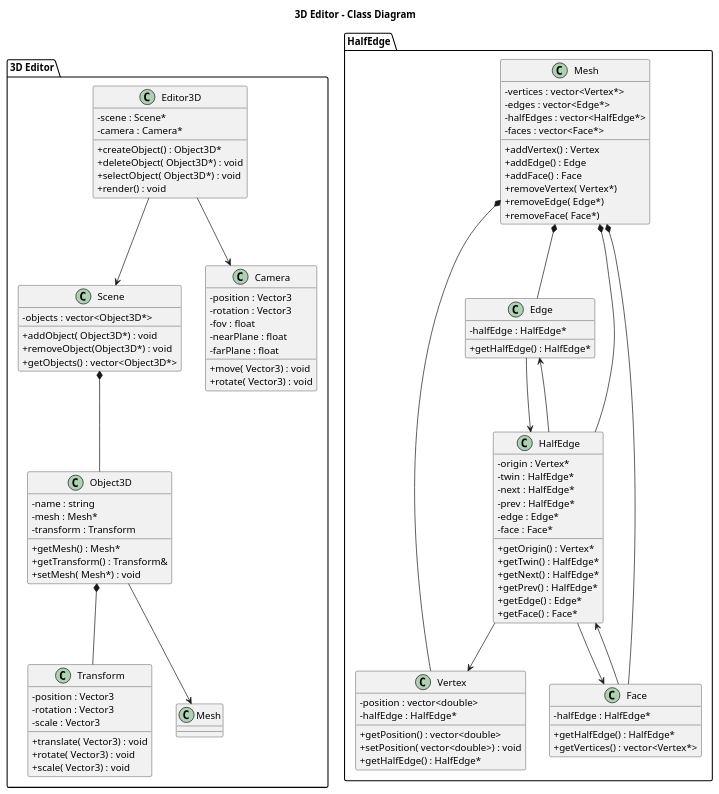
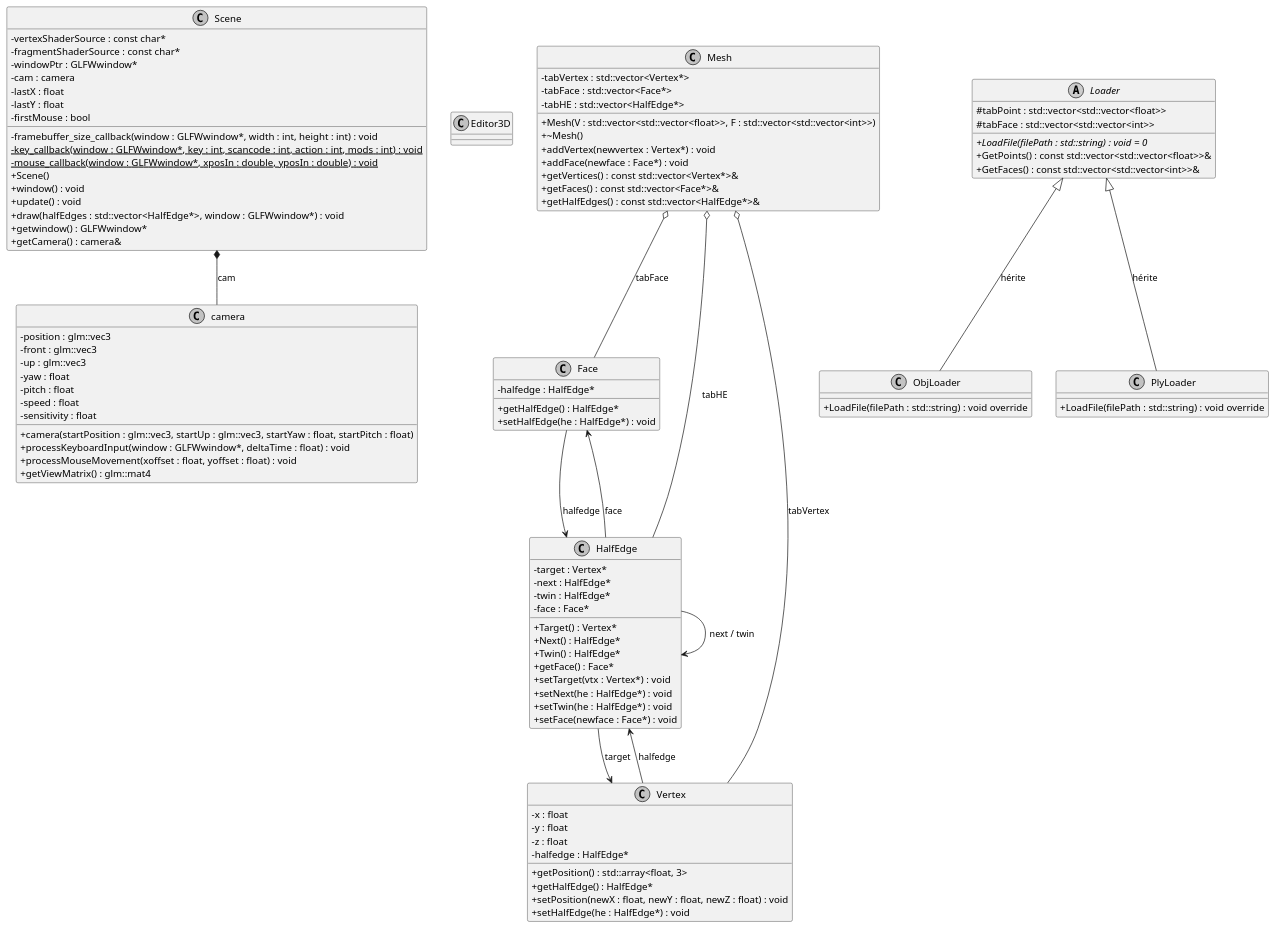
The diagram in pre-code/UML.puml (raianC/3D_editor), drawn with PlantUML before and after one commit. The commit also changed 22 other files, not shown here.

```diff
--- a/pre-code/UML.puml
+++ b/pre-code/UML.puml
@@ -1,144 +1,117 @@
 @startuml
-title 3D Editor - Class Diagram
-
 skinparam classAttributeIconSize 0
+skinparam monochrome true
 skinparam shadowing false
 
-
-
-package "3D Editor" {
-
-    class Editor3D {
-        - scene : Scene*
-        - camera : Camera*
-        + createObject() : Object3D*
-        + deleteObject( Object3D*) : void
-        + selectObject( Object3D*) : void
-        + render() : void
-    }
-
-    class Scene {
-        - objects : vector<Object3D*>
-        + addObject( Object3D*) : void
-        + removeObject(Object3D*) : void
-        + getObjects() : vector<Object3D*>
-    }
-
-    class Object3D {
-        - name : string
-        - mesh : Mesh*
-        - transform : Transform
-        + getMesh() : Mesh*
-        + getTransform() : Transform&
-        + setMesh( Mesh*) : void
-    }
-
-    class Transform {
-        - position : Vector3
-        - rotation : Vector3
-        - scale : Vector3
-        + translate( Vector3) : void
-        + rotate( Vector3) : void
-        + scale( Vector3) : void
-
-    }
-
-    class Camera {
-        - position : Vector3
-        - rotation : Vector3
-        - fov : float
-        - nearPlane : float
-        - farPlane : float
-        + move( Vector3) : void
-        + rotate( Vector3) : void
-    }
-
-    Editor3D  -->  Scene 
-    Editor3D  -->  Camera 
-
-    Scene *--  Object3D 
-
-    Object3D  *--  Transform 
-    Object3D  -->  Mesh 
+class camera {
+    - position : glm::vec3
+    - front : glm::vec3
+    - up : glm::vec3
+    - yaw : float
+    - pitch : float
+    - speed : float
+    - sensitivity : float
+    + camera(startPosition : glm::vec3, startUp : glm::vec3, startYaw : float, startPitch : float)
+    + processKeyboardInput(window : GLFWwindow*, deltaTime : float) : void
+    + processMouseMovement(xoffset : float, yoffset : float) : void
+    + getViewMatrix() : glm::mat4
 }
 
-
-
-
-package "HalfEdge" {
-
-    class Mesh {
-        - vertices : vector<Vertex*>
-        - edges : vector<Edge*>
-        - halfEdges : vector<HalfEdge*>
-        - faces : vector<Face*>
-
-        + addVertex() : Vertex
-        + addEdge() : Edge
-        + addFace() : Face
-        + removeVertex( Vertex*) 
-        + removeEdge( Edge*) 
-        + removeFace( Face*) 
-    }
-
-    class Vertex {
-        - position : vector<double>
-        - halfEdge : HalfEdge*
-
-        + getPosition() : vector<double>
-        + setPosition( vector<double>) : void
-        + getHalfEdge() : HalfEdge*
-    }
-
-    class Edge {
-        - halfEdge : HalfEdge*
-
-        + getHalfEdge() : HalfEdge*
-    }
-
-    class HalfEdge {
-        - origin : Vertex*
-        - twin : HalfEdge*
-        - next : HalfEdge*
-        - prev : HalfEdge*
-        - edge : Edge*
-        - face : Face*
-
-        + getOrigin() : Vertex*
-        + getTwin() : HalfEdge*
-        + getNext() : HalfEdge*
-        + getPrev() : HalfEdge*
-        + getEdge() : Edge*
-        + getFace() : Face*
-    }
-
-    class Face {
-        - halfEdge : HalfEdge*
-
-        + getHalfEdge() : HalfEdge*
-        + getVertices() : vector<Vertex*>
-    }
-
+class Editor3D {
     
-
-    Mesh  *--  Vertex 
-    Mesh  *--  Edge 
-    Mesh  *--  HalfEdge 
-    Mesh  *--  Face 
-
-
-
-    Edge  -->  HalfEdge 
-
-    HalfEdge  -->  Vertex 
-
-    HalfEdge  -->  Edge 
-    HalfEdge  -->  Face 
-
-    Face  -->  HalfEdge 
 }
 
+class Face {
+    - halfedge : HalfEdge*
+    + getHalfEdge() : HalfEdge*
+    + setHalfEdge(he : HalfEdge*) : void
+}
 
+class HalfEdge {
+    - target : Vertex*
+    - next : HalfEdge*
+    - twin : HalfEdge*
+    - face : Face*
+    + Target() : Vertex*
+    + Next() : HalfEdge*
+    + Twin() : HalfEdge*
+    + getFace() : Face*
+    + setTarget(vtx : Vertex*) : void
+    + setNext(he : HalfEdge*) : void
+    + setTwin(he : HalfEdge*) : void
+    + setFace(newface : Face*) : void
+}
 
+abstract class Loader {
+    # tabPoint : std::vector<std::vector<float>>
+    # tabFace : std::vector<std::vector<int>>
+    + {abstract} LoadFile(filePath : std::string) : void = 0
+    + GetPoints() : const std::vector<std::vector<float>>&
+    + GetFaces() : const std::vector<std::vector<int>>&
+}
+
+class Mesh {
+    - tabVertex : std::vector<Vertex*>
+    - tabFace : std::vector<Face*>
+    - tabHE : std::vector<HalfEdge*>
+    + Mesh(V : std::vector<std::vector<float>>, F : std::vector<std::vector<int>>)
+    + ~Mesh()
+    + addVertex(newvertex : Vertex*) : void
+    + addFace(newface : Face*) : void
+    + getVertices() : const std::vector<Vertex*>&
+    + getFaces() : const std::vector<Face*>&
+    + getHalfEdges() : const std::vector<HalfEdge*>&
+}
+
+class ObjLoader {
+    + LoadFile(filePath : std::string) : void override
+}
+
+class PlyLoader {
+    + LoadFile(filePath : std::string) : void override
+}
+
+class Scene {
+    - vertexShaderSource : const char*
+    - fragmentShaderSource : const char*
+    - windowPtr : GLFWwindow*
+    - cam : camera
+    - lastX : float
+    - lastY : float
+    - firstMouse : bool
+    - framebuffer_size_callback(window : GLFWwindow*, width : int, height : int) : void
+    - {static} key_callback(window : GLFWwindow*, key : int, scancode : int, action : int, mods : int) : void
+    - {static} mouse_callback(window : GLFWwindow*, xposIn : double, yposIn : double) : void
+    + Scene()
+    + window() : void
+    + update() : void
+    + draw(halfEdges : std::vector<HalfEdge*>, window : GLFWwindow*) : void
+    + getwindow() : GLFWwindow*
+    + getCamera() : camera&
+}
+
+class Vertex {
+    - x : float
+    - y : float
+    - z : float
+    - halfedge : HalfEdge*
+    + getPosition() : std::array<float, 3>
+    + getHalfEdge() : HalfEdge*
+    + setPosition(newX : float, newY : float, newZ : float) : void
+    + setHalfEdge(he : HalfEdge*) : void
+}
+
+' Relations
+Loader <|-- ObjLoader : hérite
+Loader <|-- PlyLoader : hérite
+Mesh o-- Vertex : tabVertex
+Mesh o-- Face : tabFace
+Mesh o-- HalfEdge : tabHE
+Face --> HalfEdge : halfedge
+Vertex --> HalfEdge : halfedge
+HalfEdge --> Vertex : target
+HalfEdge --> HalfEdge : next / twin
+HalfEdge --> Face : face
+Scene *-- camera : cam
 
 @enduml
```
